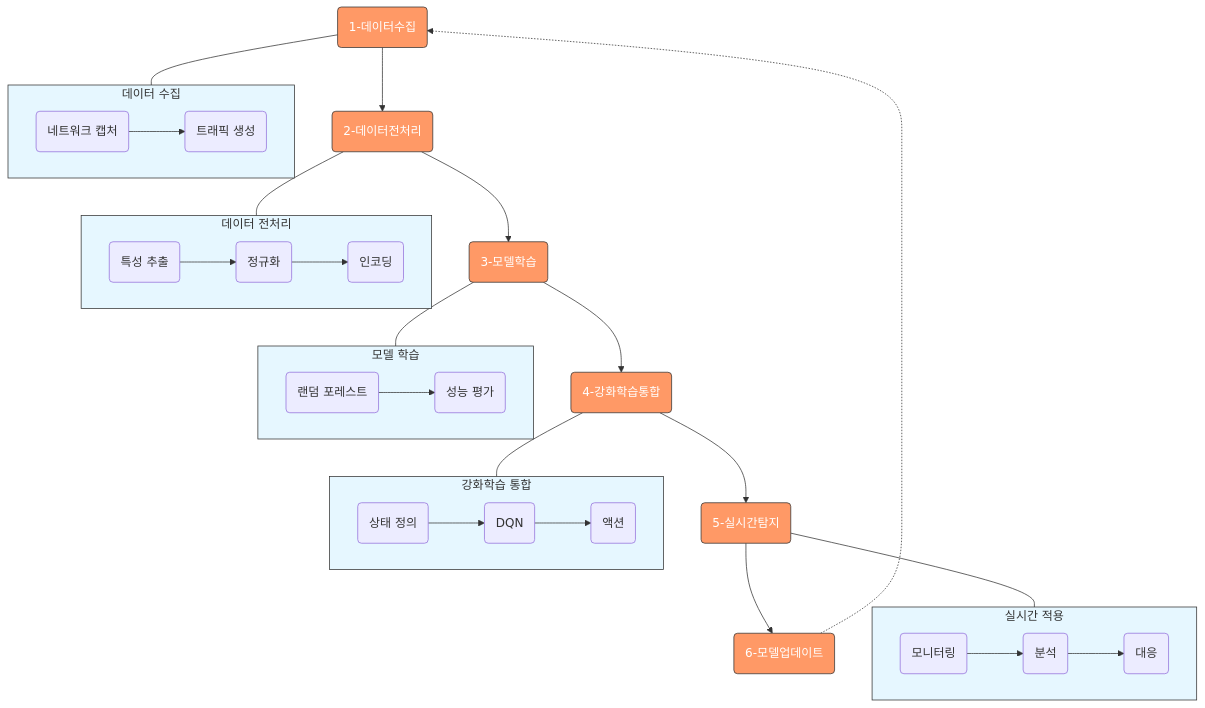
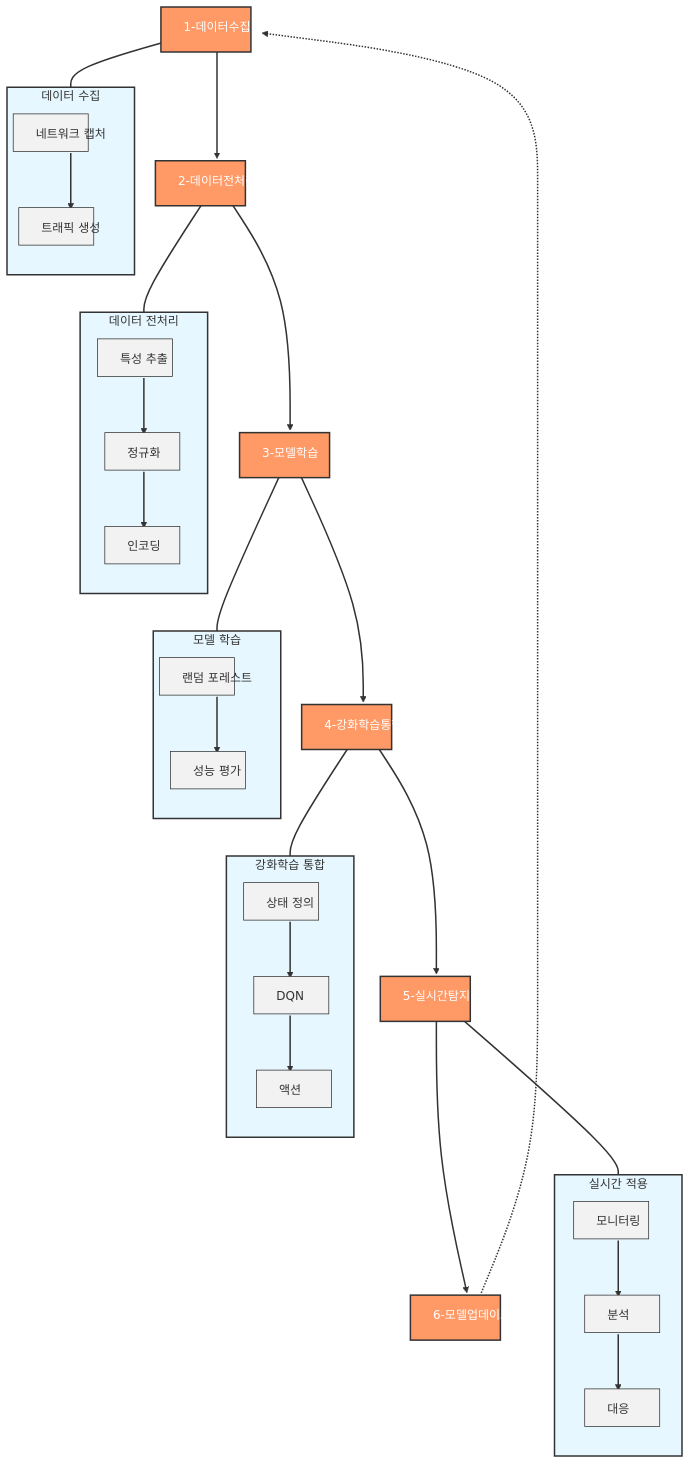
One commit to Es5724/Intrusion_DetectionSystem_AIagent changed the first of 4 diagrams in README.md. Above: the diagram before and after it, drawn with Mermaid.

````diff
--- a/README.md
+++ b/README.md
@@ -98,52 +98,74 @@
 ```mermaid
 graph TB
     %% 단순한 단계 정의
-    s1(1-데이터수집) --> s2(2-데이터전처리)
-    s2 --> s3(3-모델학습)
-    s3 --> s4(4-강화학습통합)
-    s4 --> s5(5-실시간탐지)
-    s5 --> s6(6-모델업데이트)
+    s1[1-데이터수집] --> s2[2-데이터전처리]
+    s2 --> s3[3-모델학습]
+    s3 --> s4[4-강화학습통합]
+    s4 --> s5[5-실시간탐지]
+    s5 --> s6[6-모델업데이트]
     s6 -.-> s1
     
     %% 세부 과정
     subgraph 수집[데이터 수집]
-        i1(네트워크 캡처) --> i2(트래픽 생성)
+        direction TB
+        i1[네트워크 캡처] --> i2[트래픽 생성]
     end
     
     subgraph 전처리[데이터 전처리]
-        p1(특성 추출) --> p2(정규화) --> p3(인코딩)
+        direction TB
+        p1[특성 추출] --> p2[정규화] --> p3[인코딩]
     end
     
     subgraph 학습[모델 학습]
-        m1(랜덤 포레스트) --> m2(성능 평가)
+        direction TB
+        m1[랜덤 포레스트] --> m2[성능 평가]
     end
     
     subgraph 통합[강화학습 통합]
-        r1(상태 정의) --> r2(DQN) --> r3(액션)
+        direction TB
+        r1[상태 정의] --> r2[DQN] --> r3[액션]
     end
     
     subgraph 적용[실시간 적용]
-        a1(모니터링) --> a2(분석) --> a3(대응)
+        direction TB
+        a1[모니터링] --> a2[분석] --> a3[대응]
     end
     
     %% 연결
     s1 --- 수집
     s2 --- 전처리
     s3 --- 학습
     s4 --- 통합
     s5 --- 적용
     
     %% 스타일
-    style s1 fill:#f96,color:white,stroke:#333
-    style s2 fill:#f96,color:white,stroke:#333
-    style s3 fill:#f96,color:white,stroke:#333
-    style s4 fill:#f96,color:white,stroke:#333
-    style s5 fill:#f96,color:white,stroke:#333
-    style s6 fill:#f96,color:white,stroke:#333
+    style s1 fill:#f96,color:white,stroke:#333,stroke-width:2px,width:120px,height:60px
+    style s2 fill:#f96,color:white,stroke:#333,stroke-width:2px,width:120px,height:60px
+    style s3 fill:#f96,color:white,stroke:#333,stroke-width:2px,width:120px,height:60px
+    style s4 fill:#f96,color:white,stroke:#333,stroke-width:2px,width:120px,height:60px
+    style s5 fill:#f96,color:white,stroke:#333,stroke-width:2px,width:120px,height:60px
+    style s6 fill:#f96,color:white,stroke:#333,stroke-width:2px,width:120px,height:60px
     
-    style 수집 fill:#e6f7ff,stroke:#333
-    style 전처리 fill:#e6f7ff,stroke:#333
-    style 학습 fill:#e6f7ff,stroke:#333
-    style 통합 fill:#e6f7ff,stroke:#333
-    style 적용 fill:#e6f7ff,stroke:#333
+    style 수집 fill:#e6f7ff,stroke:#333,stroke-width:2px
+    style 전처리 fill:#e6f7ff,stroke:#333,stroke-width:2px
+    style 학습 fill:#e6f7ff,stroke:#333,stroke-width:2px
+    style 통합 fill:#e6f7ff,stroke:#333,stroke-width:2px
+    style 적용 fill:#e6f7ff,stroke:#333,stroke-width:2px
+    
+    style i1 fill:#f2f2f2,stroke:#333,width:100px,height:50px
+    style i2 fill:#f2f2f2,stroke:#333,width:100px,height:50px
+    style p1 fill:#f2f2f2,stroke:#333,width:100px,height:50px
+    style p2 fill:#f2f2f2,stroke:#333,width:100px,height:50px
+    style p3 fill:#f2f2f2,stroke:#333,width:100px,height:50px
+    style m1 fill:#f2f2f2,stroke:#333,width:100px,height:50px
+    style m2 fill:#f2f2f2,stroke:#333,width:100px,height:50px
+    style r1 fill:#f2f2f2,stroke:#333,width:100px,height:50px
+    style r2 fill:#f2f2f2,stroke:#333,width:100px,height:50px
+    style r3 fill:#f2f2f2,stroke:#333,width:100px,height:50px
+    style a1 fill:#f2f2f2,stroke:#333,width:100px,height:50px
+    style a2 fill:#f2f2f2,stroke:#333,width:100px,height:50px
+    style a3 fill:#f2f2f2,stroke:#333,width:100px,height:50px
+    
+    %% 전체 연결선 스타일
+    linkStyle default stroke:#333,stroke-width:2px
 ```
````
